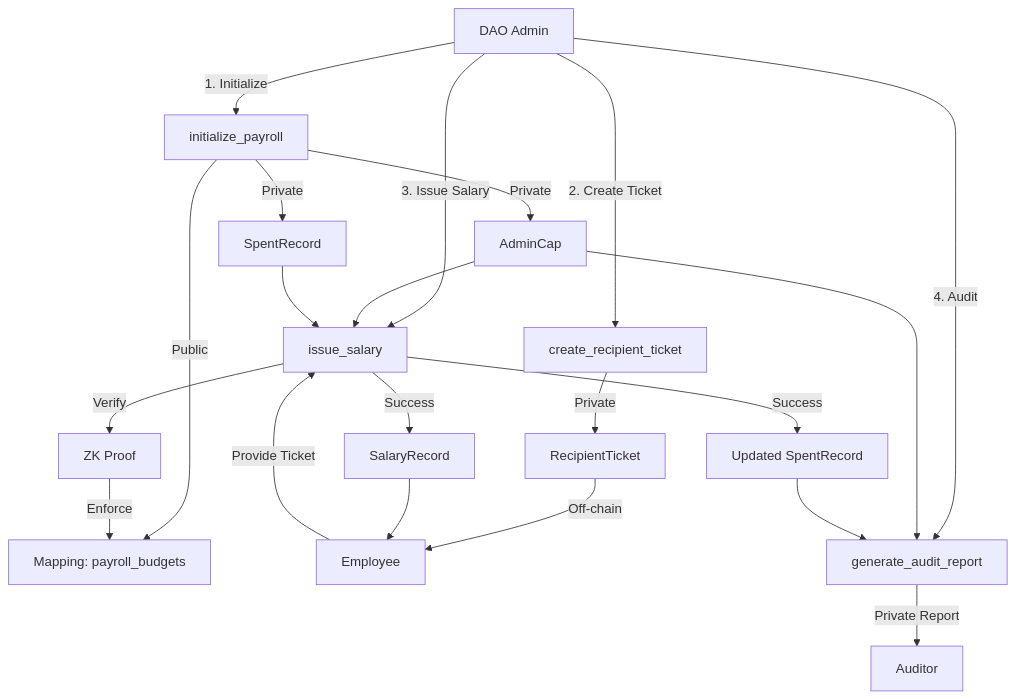
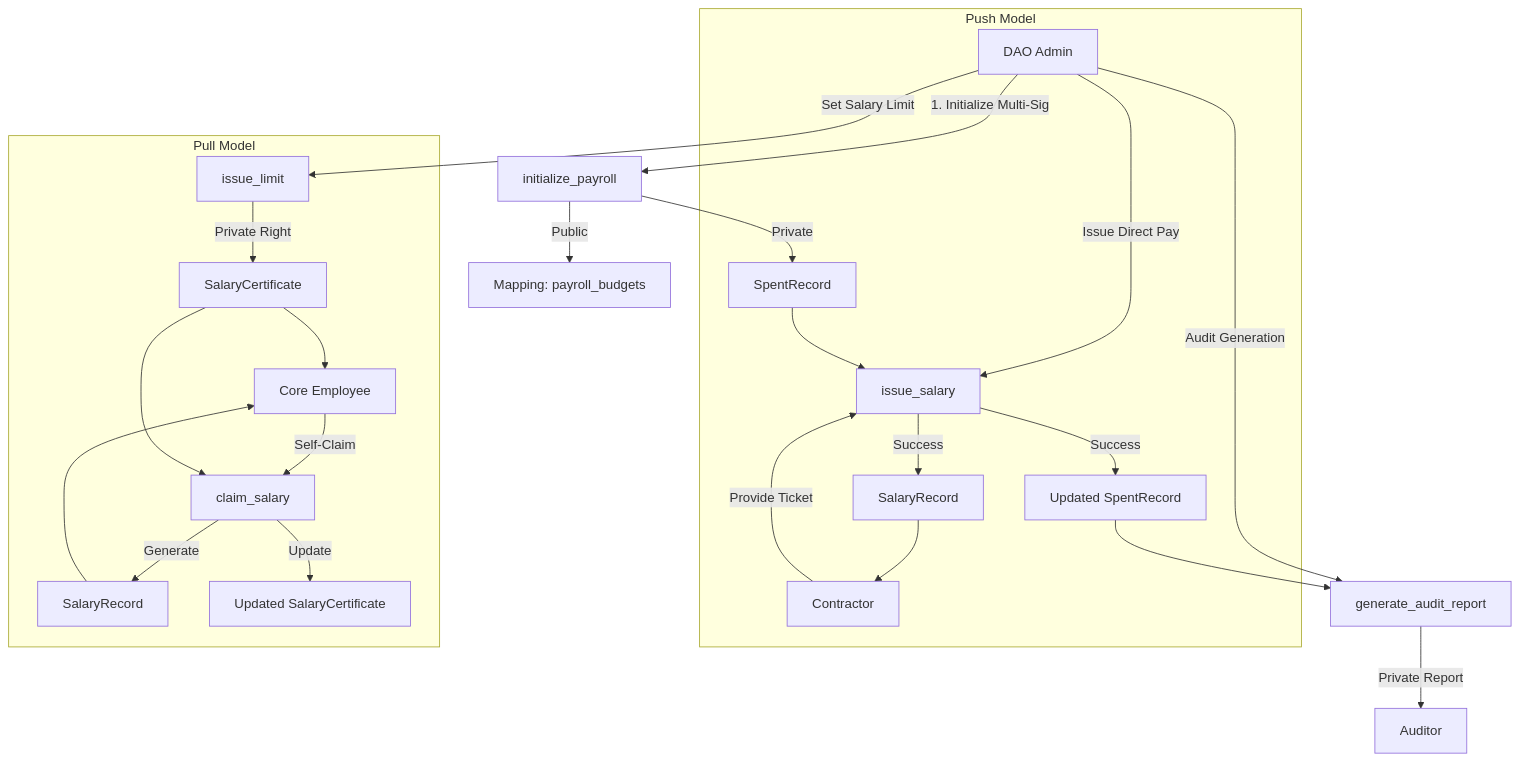
One commit to PhanTom497/zk_payroll changed the diagram in docs/ARCHITECTURE.md. Above: the diagram before and after it, drawn with Mermaid. The commit also changed other lines of this file and 8 other files, not shown here.

````diff
--- a/docs/ARCHITECTURE.md
+++ b/docs/ARCHITECTURE.md
@@ -72,28 +84,31 @@
 ```mermaid
 graph TD
-    User[DAO Admin] -->|1. Initialize| Init[initialize_payroll]
+    User[DAO Admin] -->|1. Initialize Multi-Sig| Init[initialize_payroll]
     Init -->|Public| Budget[Mapping: payroll_budgets]
-    Init -->|Private| AC[AdminCap]
     Init -->|Private| SR[SpentRecord]
 
-    User -->|2. Create Ticket| TicketTx[create_recipient_ticket]
-    TicketTx -->|Private| RT[RecipientTicket]
-    RT -->|Off-chain| Emp[Employee]
+    subgraph Push Model
+        User -->|Issue Direct Pay| Issue[issue_salary]
+        SR --> Issue
+        Emp1[Contractor] -->|Provide Ticket| Issue
+        Issue -->|Success| SR_New[Updated SpentRecord]
+        Issue -->|Success| Pay1[SalaryRecord]
+        Pay1 --> Emp1
+    end
 
-    User -->|3. Issue Salary| Issue[issue_salary]
-    AC --> Issue
-    SR --> Issue
-    Emp -->|Provide Ticket| Issue
-    
-    Issue -->|Verify| ZK[ZK Proof]
-    ZK -->|Enforce| Budget
-    
-    Issue -->|Success| SR_New[Updated SpentRecord]
-    Issue -->|Success| Pay[SalaryRecord]
-    Pay --> Emp
+    subgraph Pull Model
+        User -->|Set Salary Limit| Limit[issue_limit]
+        Limit -->|Private Right| SC[SalaryCertificate]
+        SC --> Emp2[Core Employee]
+        
+        Emp2 -->|Self-Claim| Claim[claim_salary]
+        SC --> Claim
+        Claim -->|Generate| Pay2[SalaryRecord]
+        Pay2 --> Emp2
+        Claim -->|Update| SC_New[Updated SalaryCertificate]
+    end
 
-    User -->|4. Audit| AuditTx[generate_audit_report]
-    AC --> AuditTx
+    User -->|Audit Generation| AuditTx[generate_audit_report]
     SR_New --> AuditTx
     AuditTx -->|Private Report| Auditor[Auditor]
 ```
````
